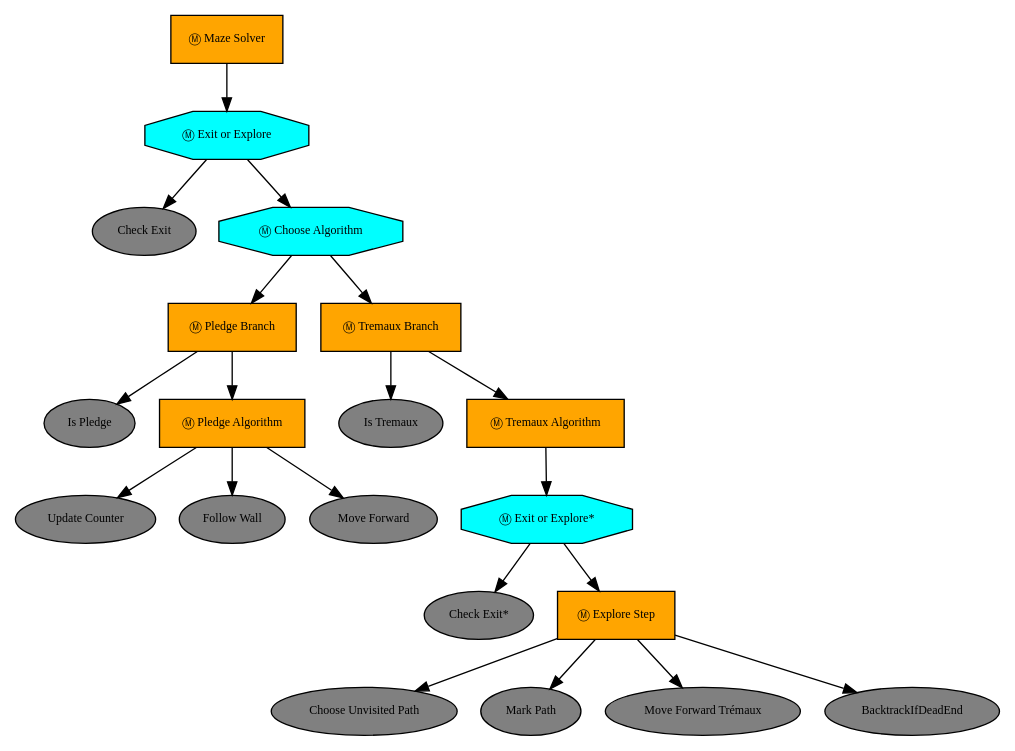
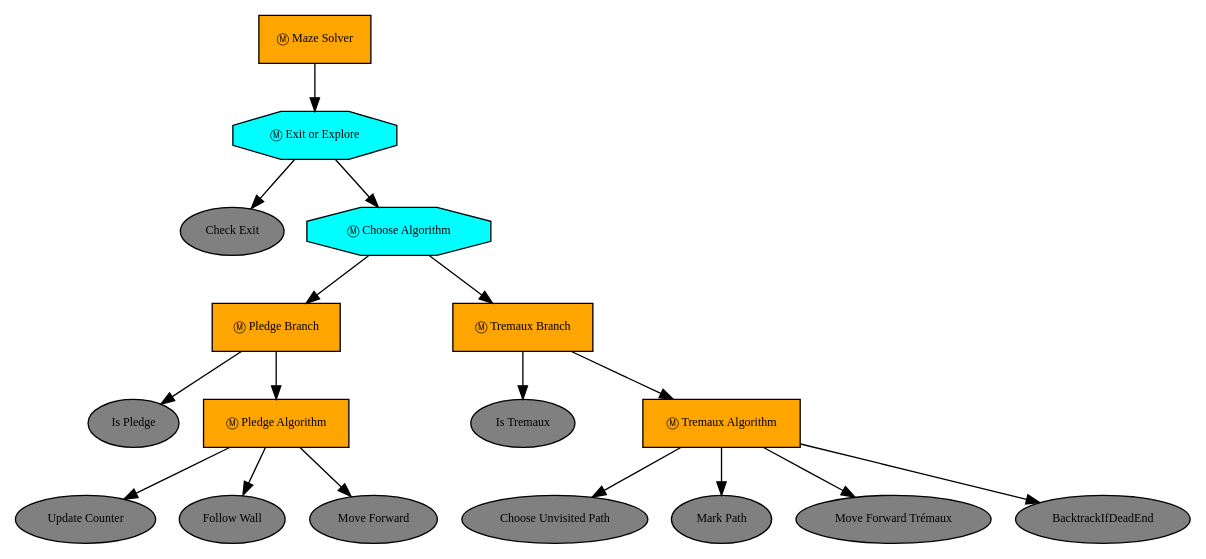
One commit to Di-Simone-dev/iRobot-maze-solver changed the diagram in python-simulation/src/graphical_trees/maze.dot. Above: the diagram before and after it, drawn with Graphviz. The commit also changed 3 other files, not shown here.

```diff
--- a/python-simulation/src/graphical_trees/maze.dot
+++ b/python-simulation/src/graphical_trees/maze.dot
@@ -1,45 +1,39 @@
 digraph pastafarianism {
 ordering=out;
 graph [fontname="times-roman"];
 node [fontname="times-roman"];
 edge [fontname="times-roman"];
 "Maze Solver" [label="Ⓜ Maze Solver", shape=box, style=filled, fillcolor=orange, fontsize=9, fontcolor=black];
 "Exit or Explore" [label="Ⓜ Exit or Explore", shape=octagon, style=filled, fillcolor=cyan, fontsize=9, fontcolor=black];
 "Maze Solver" -> "Exit or Explore";
 "Check Exit" [label="Check Exit", shape=ellipse, style=filled, fillcolor=gray, fontsize=9, fontcolor=black];
 "Exit or Explore" -> "Check Exit";
 "Choose Algorithm" [label="Ⓜ Choose Algorithm", shape=octagon, style=filled, fillcolor=cyan, fontsize=9, fontcolor=black];
 "Exit or Explore" -> "Choose Algorithm";
 "Pledge Branch" [label="Ⓜ Pledge Branch", shape=box, style=filled, fillcolor=orange, fontsize=9, fontcolor=black];
 "Choose Algorithm" -> "Pledge Branch";
 "Is Pledge" [label="Is Pledge", shape=ellipse, style=filled, fillcolor=gray, fontsize=9, fontcolor=black];
 "Pledge Branch" -> "Is Pledge";
 "Pledge Algorithm" [label="Ⓜ Pledge Algorithm", shape=box, style=filled, fillcolor=orange, fontsize=9, fontcolor=black];
 "Pledge Branch" -> "Pledge Algorithm";
 "Update Counter" [label="Update Counter", shape=ellipse, style=filled, fillcolor=gray, fontsize=9, fontcolor=black];
 "Pledge Algorithm" -> "Update Counter";
 "Follow Wall" [label="Follow Wall", shape=ellipse, style=filled, fillcolor=gray, fontsize=9, fontcolor=black];
 "Pledge Algorithm" -> "Follow Wall";
 "Move Forward" [label="Move Forward", shape=ellipse, style=filled, fillcolor=gray, fontsize=9, fontcolor=black];
 "Pledge Algorithm" -> "Move Forward";
 "Tremaux Branch" [label="Ⓜ Tremaux Branch", shape=box, style=filled, fillcolor=orange, fontsize=9, fontcolor=black];
 "Choose Algorithm" -> "Tremaux Branch";
 "Is Tremaux" [label="Is Tremaux", shape=ellipse, style=filled, fillcolor=gray, fontsize=9, fontcolor=black];
 "Tremaux Branch" -> "Is Tremaux";
 "Tremaux Algorithm" [label="Ⓜ Tremaux Algorithm", shape=box, style=filled, fillcolor=orange, fontsize=9, fontcolor=black];
 "Tremaux Branch" -> "Tremaux Algorithm";
-"Exit or Explore*" [label="Ⓜ Exit or Explore*", shape=octagon, style=filled, fillcolor=cyan, fontsize=9, fontcolor=black];
-"Tremaux Algorithm" -> "Exit or Explore*";
-"Check Exit*" [label="Check Exit*", shape=ellipse, style=filled, fillcolor=gray, fontsize=9, fontcolor=black];
-"Exit or Explore*" -> "Check Exit*";
-"Explore Step" [label="Ⓜ Explore Step", shape=box, style=filled, fillcolor=orange, fontsize=9, fontcolor=black];
-"Exit or Explore*" -> "Explore Step";
 "Choose Unvisited Path" [label="Choose Unvisited Path", shape=ellipse, style=filled, fillcolor=gray, fontsize=9, fontcolor=black];
-"Explore Step" -> "Choose Unvisited Path";
+"Tremaux Algorithm" -> "Choose Unvisited Path";
 "Mark Path" [label="Mark Path", shape=ellipse, style=filled, fillcolor=gray, fontsize=9, fontcolor=black];
-"Explore Step" -> "Mark Path";
+"Tremaux Algorithm" -> "Mark Path";
 "Move Forward Trémaux" [label="Move Forward Trémaux", shape=ellipse, style=filled, fillcolor=gray, fontsize=9, fontcolor=black];
-"Explore Step" -> "Move Forward Trémaux";
+"Tremaux Algorithm" -> "Move Forward Trémaux";
 BacktrackIfDeadEnd [label=BacktrackIfDeadEnd, shape=ellipse, style=filled, fillcolor=gray, fontsize=9, fontcolor=black];
-"Explore Step" -> BacktrackIfDeadEnd;
+"Tremaux Algorithm" -> BacktrackIfDeadEnd;
 }
```
